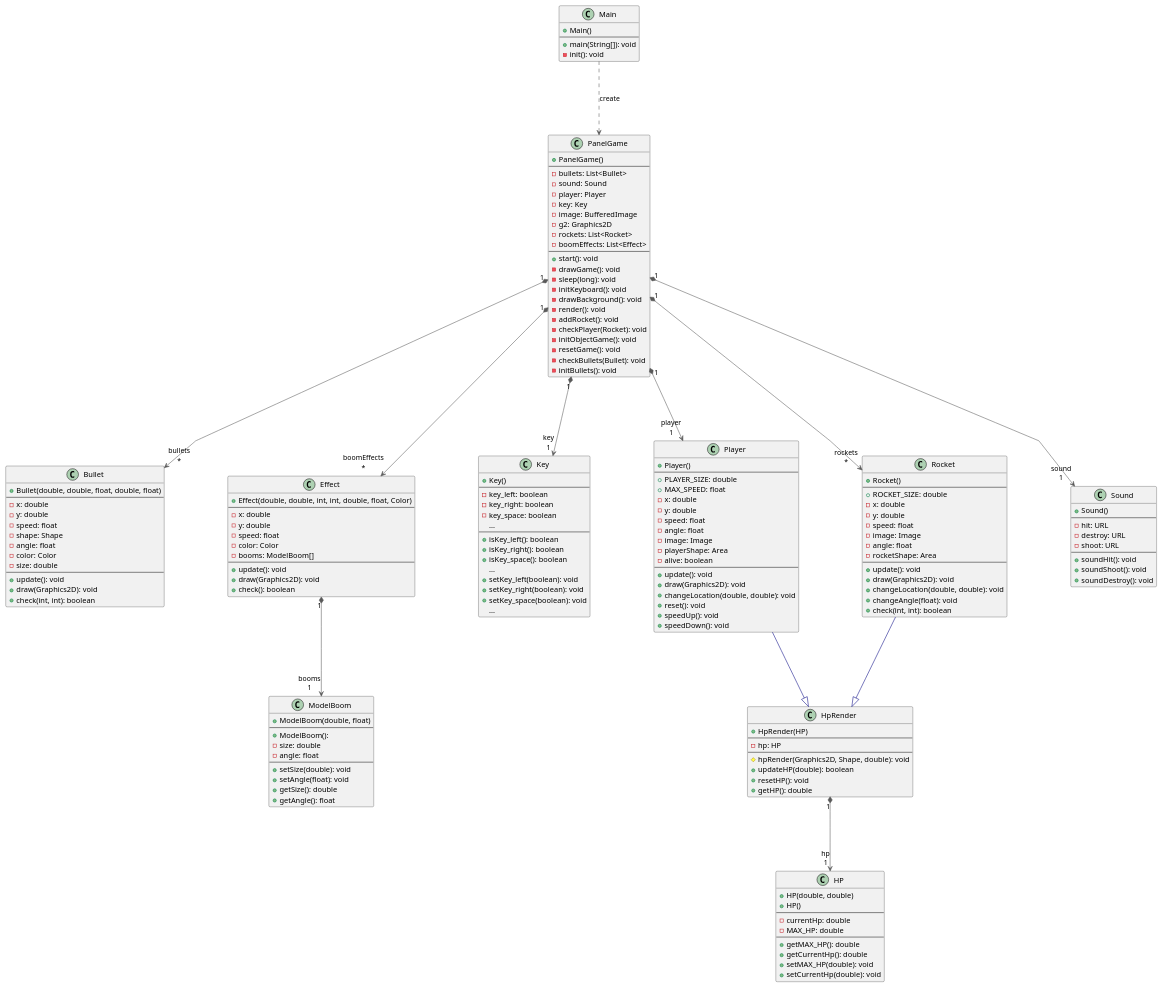
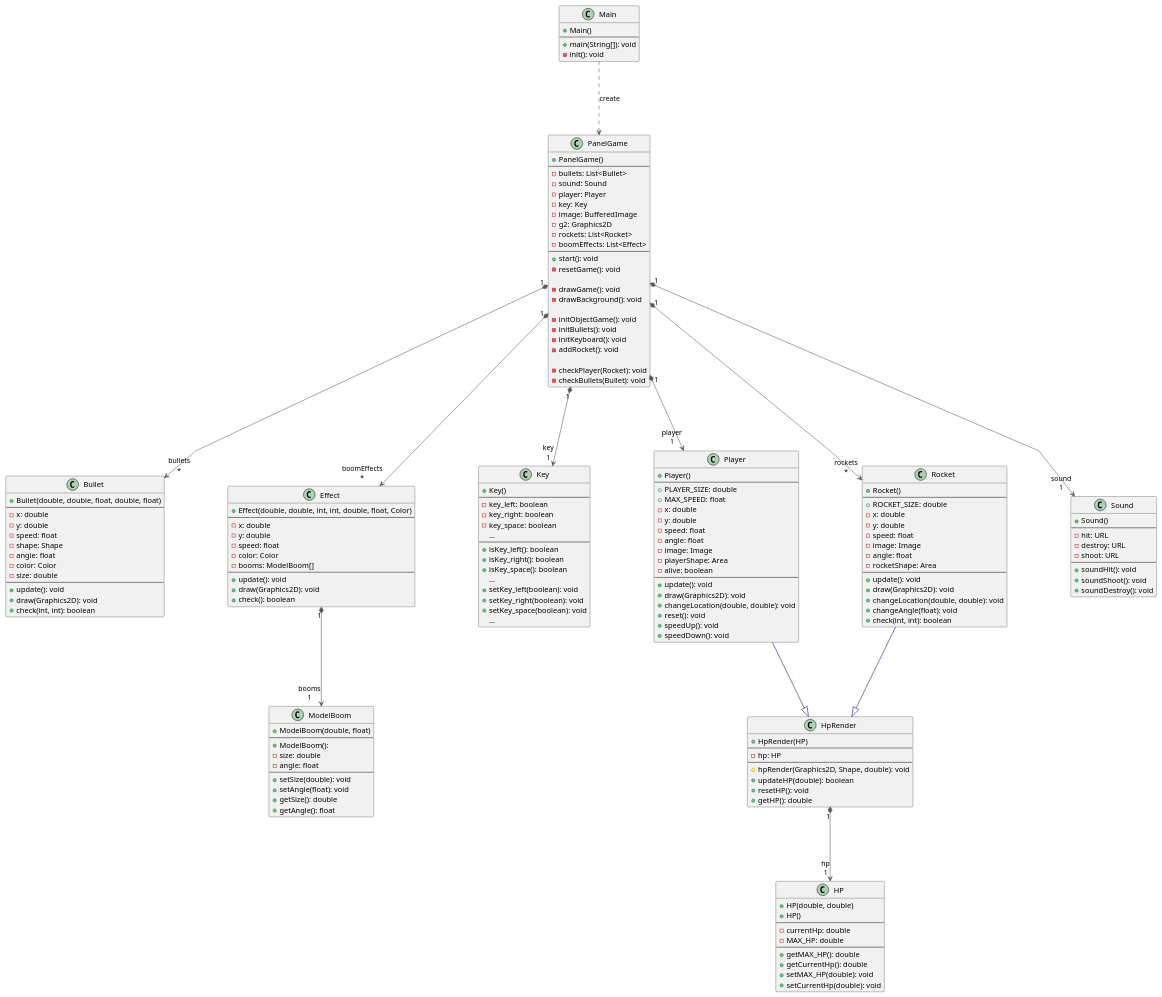
One commit to Sepax/DIT954 changed the diagram in Labs/Analysis Lab/uml/src.plantuml. Above: the diagram before and after it, drawn with PlantUML.

Commit message:
simplify some more

```diff
--- a/Labs/Analysis Lab/uml/src.plantuml
+++ b/Labs/Analysis Lab/uml/src.plantuml
@@ -1,177 +1,178 @@
 @startuml plane-game
 top to bottom direction
 skinparam nodesep 120
 skinparam ranksep 120
 skinparam linetype polyline
 
 class Bullet {
   + Bullet(double, double, float, double, float)
   ----
   - x: double
   - y: double
   - speed: float
   - shape: Shape
   - angle: float
   - color: Color
   - size: double
   ----
   + update(): void
   + draw(Graphics2D): void
   + check(int, int): boolean
 }
 class Effect {
   + Effect(double, double, int, int, double, float, Color)
   ----
   - x: double
   - y: double
   - speed: float
   - color: Color
   - booms: ModelBoom[]
   ----
   + update(): void
   + draw(Graphics2D): void
   + check(): boolean
 }
 class HP {
   + HP(double, double)
   + HP()
   ----
   - currentHp: double
   - MAX_HP: double
   ----
   + getMAX_HP(): double
   + getCurrentHp(): double
   + setMAX_HP(double): void
   + setCurrentHp(double): void
 }
 class HpRender {
   + HpRender(HP)
   ----
   - hp: HP
   ----
   # hpRender(Graphics2D, Shape, double): void
   + updateHP(double): boolean
   + resetHP(): void
   + getHP(): double
 }
 class Key {
   + Key()
   ----
   - key_left: boolean
   - key_right: boolean
   - key_space: boolean
   ...
   ----
   + isKey_left(): boolean
   + isKey_right(): boolean
   + isKey_space(): boolean
   ...
   + setKey_left(boolean): void
   + setKey_right(boolean): void
   + setKey_space(boolean): void
   ...
 }
 class Main {
   + Main()
   ----
   + main(String[]): void
   - init(): void
 }
 class ModelBoom {
   + ModelBoom(double, float)
   ----
   + ModelBoom(): 
   - size: double
   - angle: float
   ----
   + setSize(double): void
   + setAngle(float): void
   + getSize(): double
   + getAngle(): float
 }
 class PanelGame {
   + PanelGame()
   ----
   - bullets: List<Bullet>
   - sound: Sound
   - player: Player
   - key: Key
   - image: BufferedImage
   - g2: Graphics2D
   - rockets: List<Rocket>
   - boomEffects: List<Effect>
   ----
   + start(): void
+  - resetGame(): void
+
   - drawGame(): void
-  - sleep(long): void
+  - drawBackground(): void
+  
+  - initObjectGame(): void
+  - initBullets(): void
   - initKeyboard(): void
-  - drawBackground(): void
-  - render(): void
   - addRocket(): void
+  
   - checkPlayer(Rocket): void
-  - initObjectGame(): void
-  - resetGame(): void
   - checkBullets(Bullet): void
-  - initBullets(): void
 }
 class Player {
   + Player()
   ----
   + PLAYER_SIZE: double
   + MAX_SPEED: float
   - x: double
   - y: double
   - speed: float
   - angle: float
   - image: Image
   - playerShape: Area
   - alive: boolean
   ----
   + update(): void
   + draw(Graphics2D): void
   + changeLocation(double, double): void
   + reset(): void
   + speedUp(): void
   + speedDown(): void
 }
 class Rocket {
   + Rocket()
   ----
   + ROCKET_SIZE: double
   - x: double
   - y: double
   - speed: float
   - image: Image
   - angle: float
   - rocketShape: Area
   ----
   + update(): void
   + draw(Graphics2D): void
   + changeLocation(double, double): void
   + changeAngle(float): void
   + check(int, int): boolean
 }
 class Sound {
   + Sound()
   ----
   - hit: URL
   - destroy: URL
   - shoot: URL
   ----
   + soundHit(): void
   + soundShoot(): void
   + soundDestroy(): void
 }
 
 Effect    "1" *-[#595959,plain]-> "booms\n1" ModelBoom 
 HpRender  "1" *-[#595959,plain]-> "hp\n1" HP        
 Main       -[#595959,dashed]->  PanelGame : "«create»"
 PanelGame "1" *-[#595959,plain]-> "bullets\n*" Bullet    
 PanelGame "1" *-[#595959,plain]-> "boomEffects\n*" Effect    
 PanelGame "1" *-[#595959,plain]-> "key\n1" Key       
 PanelGame "1" *-[#595959,plain]-> "player\n1" Player    
 PanelGame "1" *-[#595959,plain]-> "rockets\n*" Rocket    
 PanelGame "1" *-[#595959,plain]-> "sound\n1" Sound     
 Player     -[#000082,plain]-^  HpRender  
 Rocket     -[#000082,plain]-^  HpRender  
 @enduml
```
